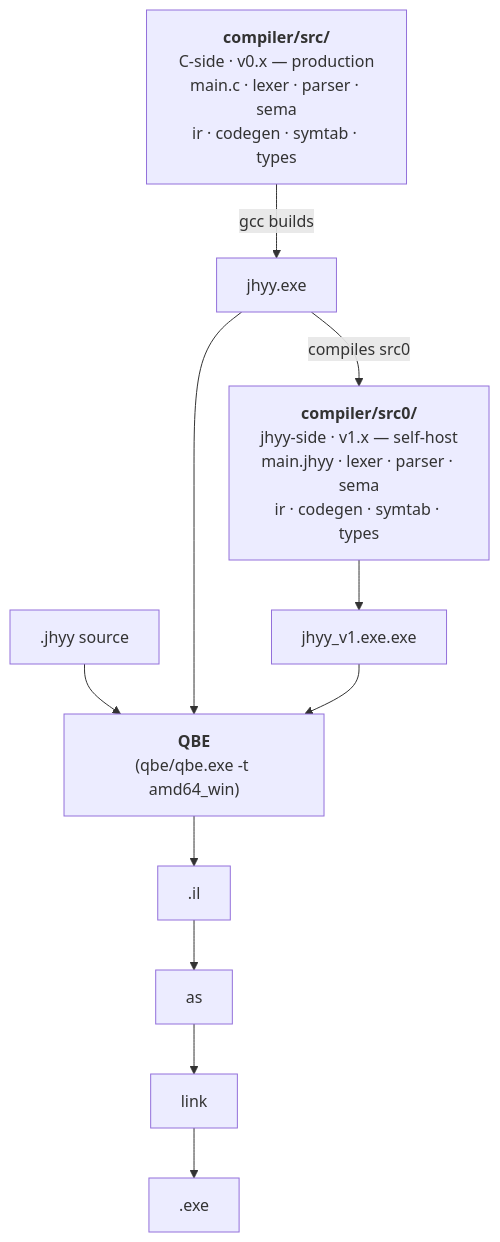
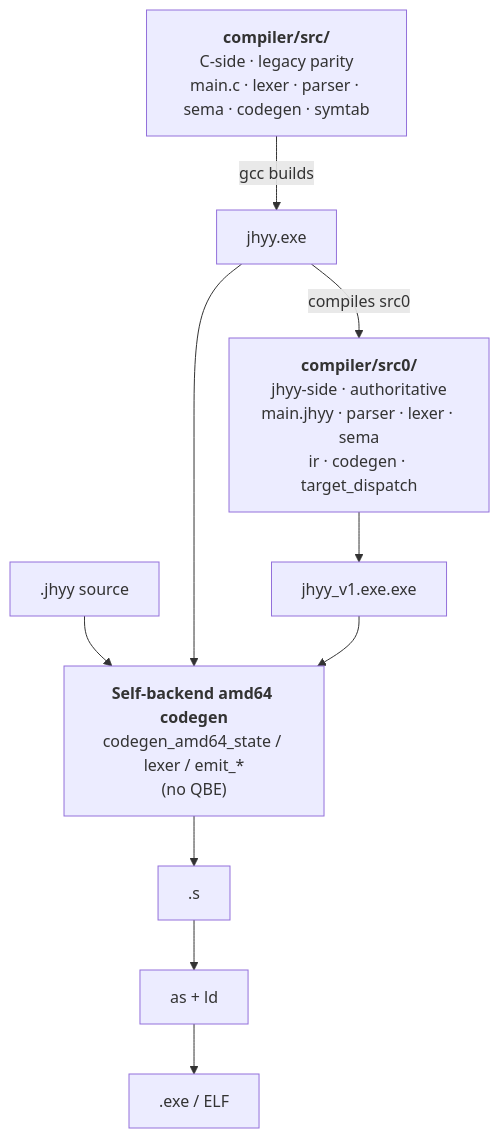
The diagram in README.md (JiHuiYiYou/JiHuiYiYou-compiler), drawn with Mermaid before and after one commit. The commit also changed other lines of this file, not shown here.

Commit message:
docs(readme): full rewrite for v4.0.0 (post-QBE self-backend + stdlib)

````diff
--- a/README.md
+++ b/README.md
@@ -183,12 +172,12 @@
 ```mermaid
 flowchart TB
-    cs["<b>compiler/src/</b><br/>C-side · v0.x — production<br/>main.c · lexer · parser · sema<br/>ir · codegen · symtab · types"]
+    cs["<b>compiler/src/</b><br/>C-side · legacy parity<br/>main.c · lexer · parser · sema · codegen · symtab"]
+    s0["<b>compiler/src0/</b><br/>jhyy-side · authoritative<br/>main.jhyy · parser · lexer · sema<br/>ir · codegen · target_dispatch"]
     cs -->|gcc builds| bin1["jhyy.exe"]
-    s0["<b>compiler/src0/</b><br/>jhyy-side · v1.x — self-host<br/>main.jhyy · lexer · parser · sema<br/>ir · codegen · symtab · types"]
     bin1 -->|compiles src0| s0
     s0 --> bin2["jhyy_v1.exe.exe"]
-    src[".jhyy source"] --> qbe["<b>QBE</b><br/>(qbe/qbe.exe -t amd64_win)"]
-    bin1 --> qbe
-    bin2 --> qbe
-    qbe --> il[".il"] --> as_["as"] --> ln["link"] --> exe[".exe"]
+    src_src[".jhyy source"] --> sb["<b>Self-backend amd64 codegen</b><br/>codegen_amd64_state / lexer / emit_*<br/>(no QBE)"]
+    bin1 --> sb
+    bin2 --> sb
+    sb --> asm[".s"] --> ln["as + ld"] --> exe[".exe / ELF"]
 ```
````
